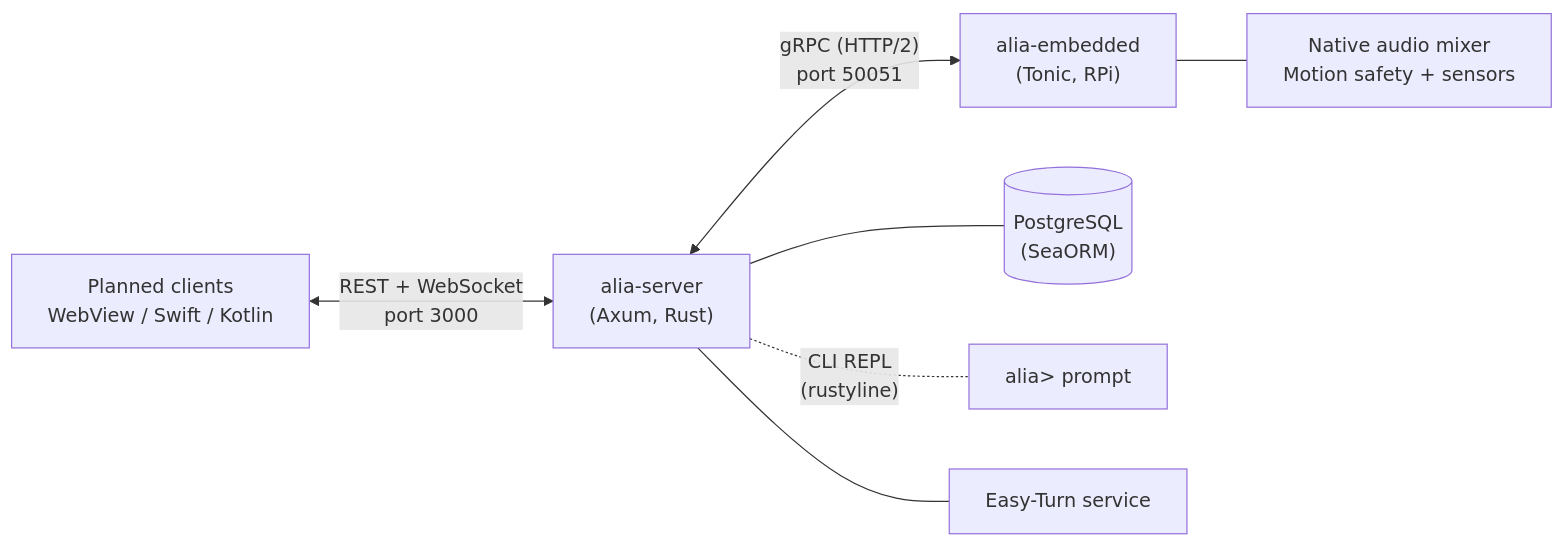
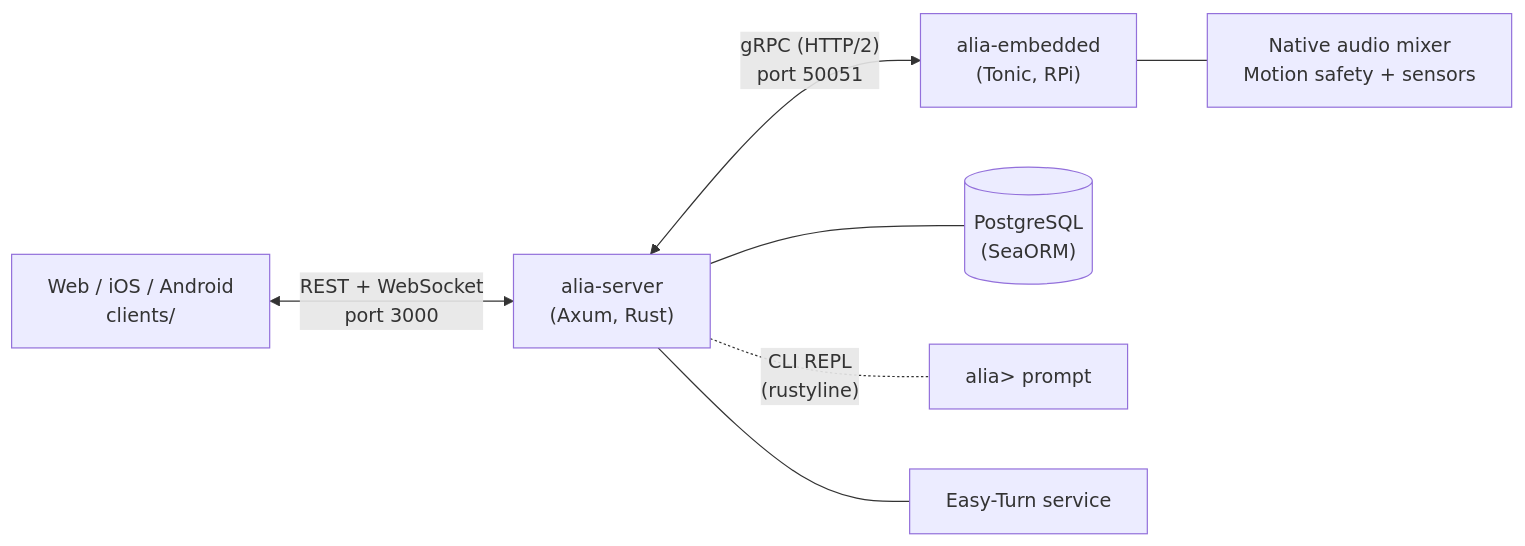
The diagram in README.md (Ke-Qiao/project-alia), drawn with Mermaid before and after one commit. The commit also changed other lines of this file and 61 other files, not shown here.

Commit message:
chore(frontend): add web, ios and android shells

````diff
--- a/README.md
+++ b/README.md
@@ -5,9 +5,9 @@
 ```mermaid
 graph LR
-    Frontend["Planned clients<br/>WebView / Swift / Kotlin"] <-->|"REST + WebSocket<br/>port 3000"| Server["alia-server<br/>(Axum, Rust)"]
+    Frontend["Web / iOS / Android<br/>clients/"] <-->|"REST + WebSocket<br/>port 3000"| Server["alia-server<br/>(Axum, Rust)"]
     Server <-->|"gRPC (HTTP/2)<br/>port 50051"| Embedded["alia-embedded<br/>(Tonic, RPi)"]
     Server --- DB[("PostgreSQL<br/>(SeaORM)")]
     Server -.-|"CLI REPL<br/>(rustyline)"| CLI["alia> prompt"]
     Embedded --- IO["Native audio mixer<br/>Motion safety + sensors"]
     Server --- Turn["Easy-Turn service"]
 ```
````
